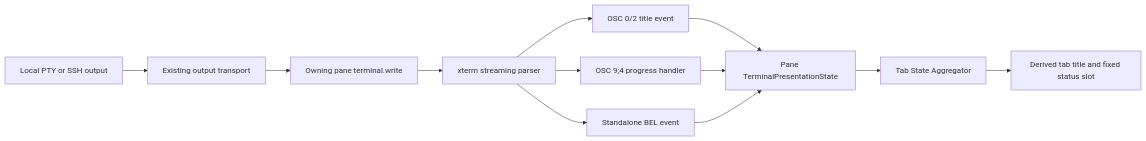
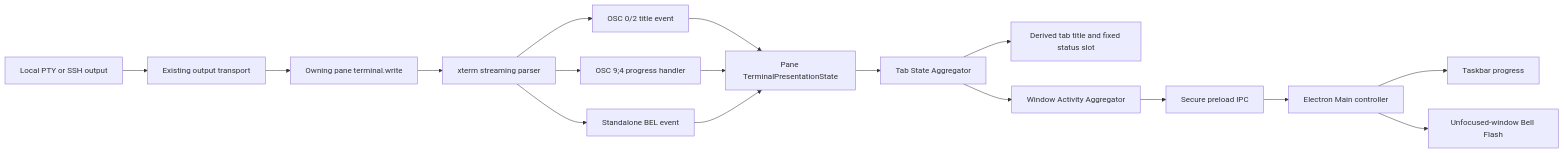
The third of 4 diagrams in docs/developer/runtime/ssh-terminal.md (agoudbg/Cosmosh), drawn with Mermaid before and after one commit. The commit also changed other lines of this file and 25 other files, not shown here.

Commit message:
feat(terminal): integrate window activity

````diff
--- a/docs/developer/runtime/ssh-terminal.md
+++ b/docs/developer/runtime/ssh-terminal.md
@@ -218,14 +222,19 @@
 ```mermaid
 flowchart LR
   PTY[Local PTY or SSH output] --> WS[Existing output transport]
   WS --> WRITE[Owning pane terminal.write]
   WRITE --> XP[xterm streaming parser]
   XP --> TITLE[OSC 0/2 title event]
   XP --> PROGRESS[OSC 9;4 progress handler]
   XP --> BELL[Standalone BEL event]
   TITLE --> STATE[Pane TerminalPresentationState]
   PROGRESS --> STATE
   BELL --> STATE
   STATE --> TAB[Tab State Aggregator]
   TAB --> CHROME[Derived tab title and fixed status slot]
+  TAB --> WINDOW[Window Activity Aggregator]
+  WINDOW --> PRELOAD[Secure preload IPC]
+  PRELOAD --> MAIN[Electron Main controller]
+  MAIN --> TASKBAR[Taskbar progress]
+  MAIN --> FLASH[Unfocused-window Bell Flash]
 ```
````
